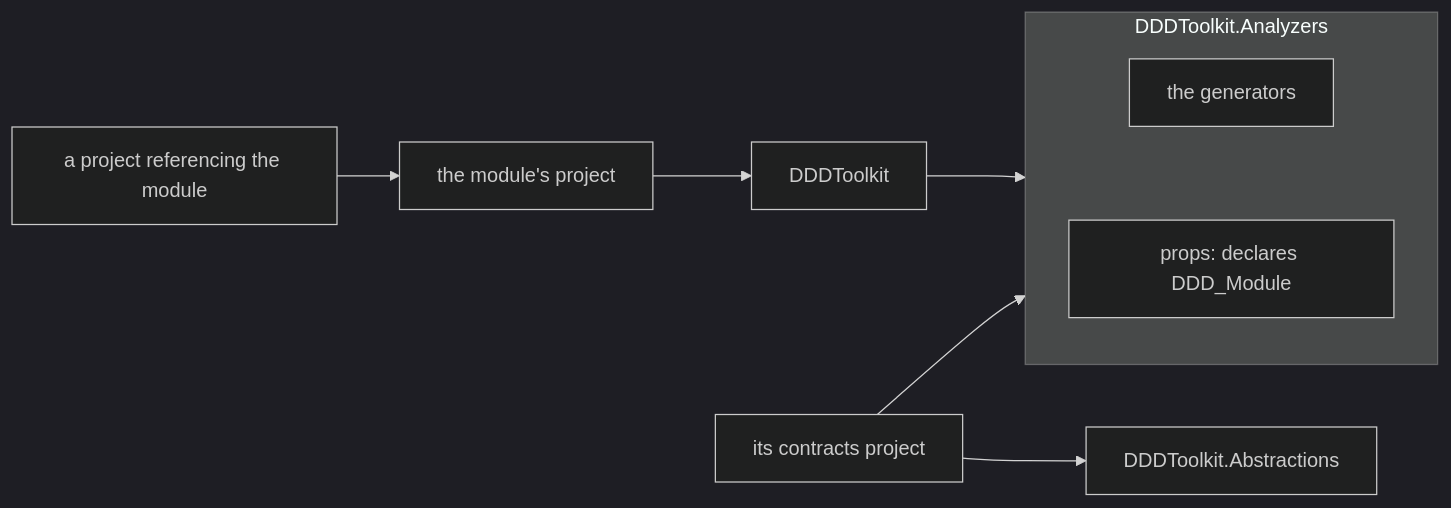
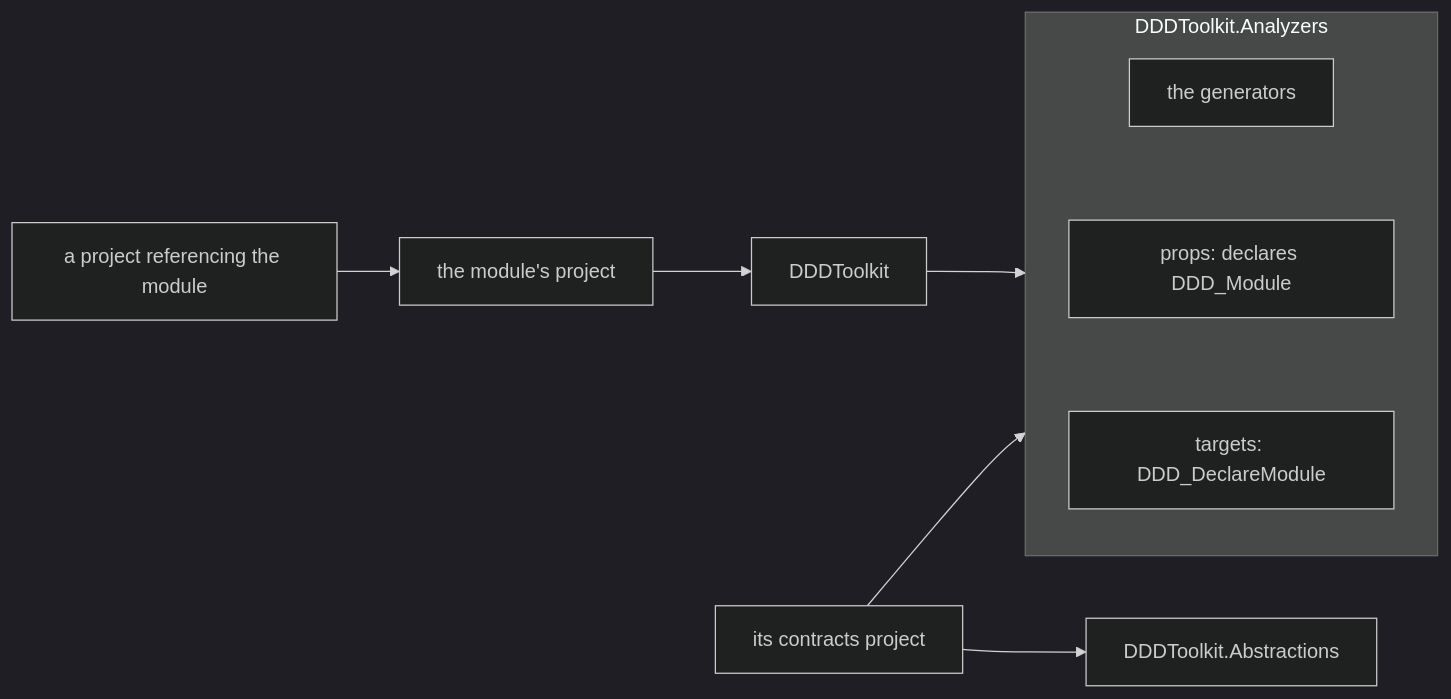
Before and after one commit to DylanSnel/DDDToolkit: the fourth of 4 diagrams in docs/modules.md, drawn with Mermaid (dark theme). The commit also changed other lines of this file and 71 other files, not shown here.

````diff
--- a/docs/modules.md
+++ b/docs/modules.md
@@ -559,12 +687,12 @@
 ```mermaid
 flowchart LR
     Host["a project referencing the module"] --> Module["the module's project"]
     Module --> Core["DDDToolkit"]
     Core --> Analyzers
     Contracts["its contracts project"] --> Abstractions["DDDToolkit.Abstractions"]
     Contracts --> Analyzers
     subgraph Analyzers ["DDDToolkit.Analyzers"]
         direction TB
-        Generators["the generators"] ~~~ Props["props: declares DDD_Module"]
+        Generators["the generators"] ~~~ Props["props: declares DDD_Module"] ~~~ Targets["targets: DDD_DeclareModule"]
     end
 ```
````
